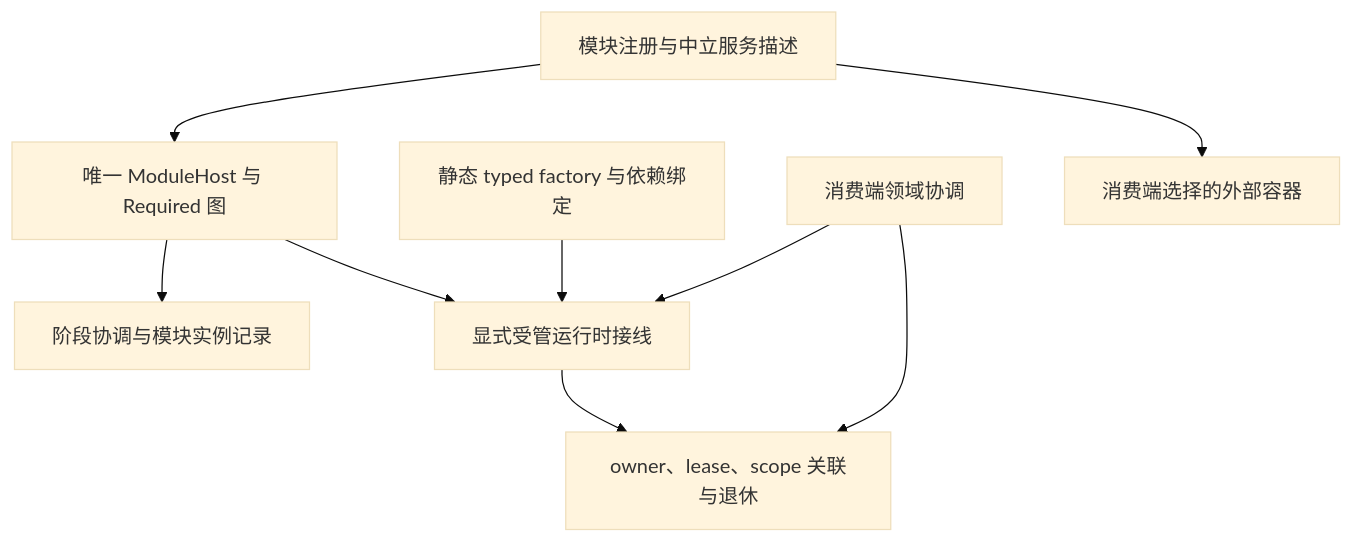
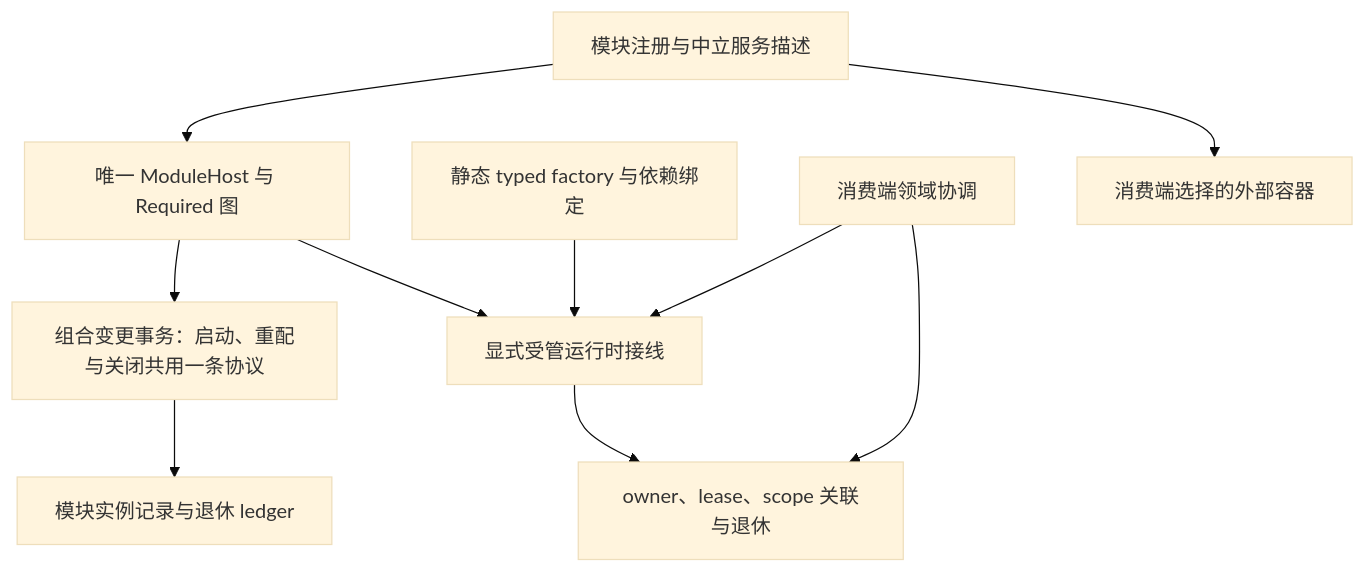
The diagram in docs/architecture/overview.md (AtomUI/AtomUI.Foundation), drawn with Mermaid (base theme) before and after one commit. The commit also changed other lines of this file and 9 other files, not shown here.

First line of the commit message:
docs(architecture): adopt the 2026-11-05 optimization proposal

````diff
--- a/docs/architecture/overview.md
+++ b/docs/architecture/overview.md
@@ -40,11 +48,12 @@
 ```mermaid
 flowchart TD
     Registrations[模块注册与中立服务描述] --> Host[唯一 ModuleHost 与 Required 图]
-    Host --> Phases[阶段协调与模块实例记录]
+    Host --> Transaction[组合变更事务：启动、重配与关闭共用一条协议]
+    Transaction --> Ledger[模块实例记录与退休 ledger]
     Host --> Runtime[显式受管运行时接线]
     Runtime --> Lifetimes[owner、lease、scope 关联与退休]
     Bindings[静态 typed factory 与依赖绑定] --> Runtime
     Domain[消费端领域协调] --> Runtime
     Domain --> Lifetimes
     Registrations --> External[消费端选择的外部容器]
 ```
````
